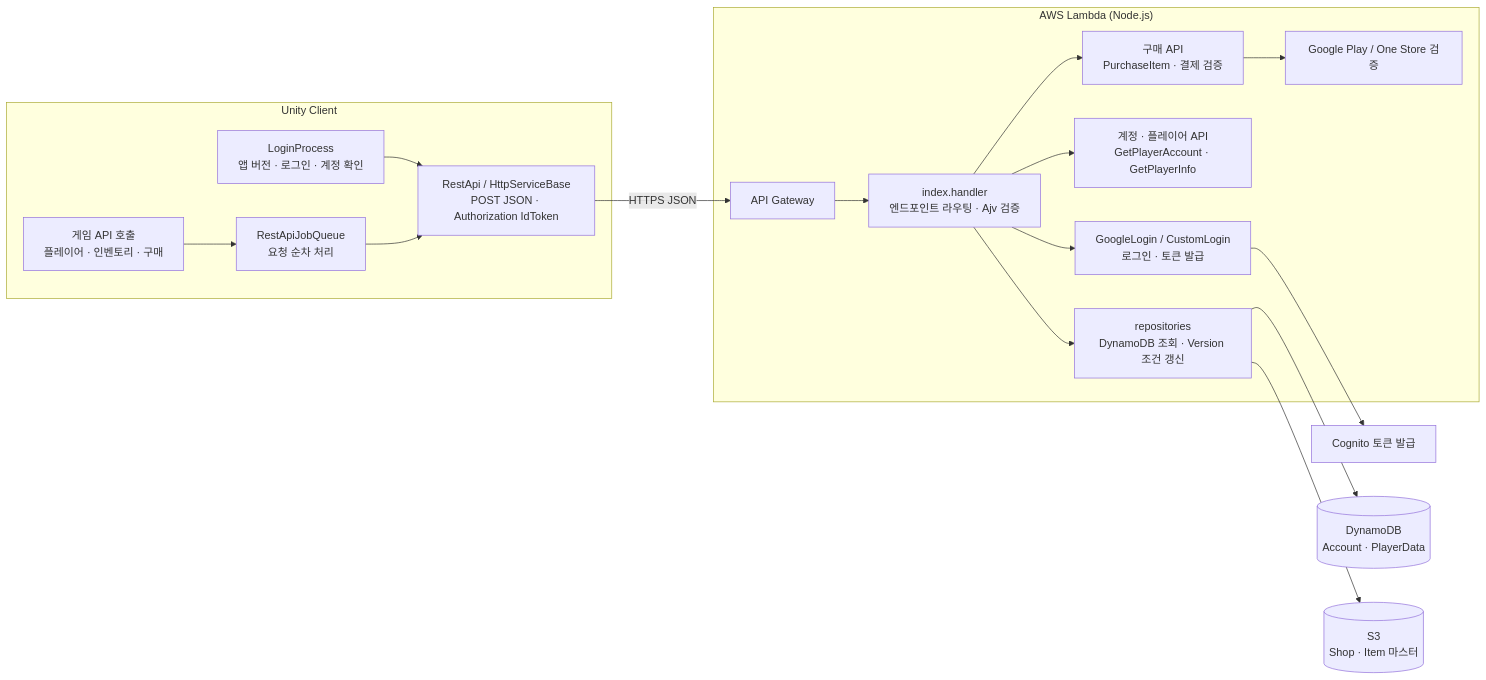
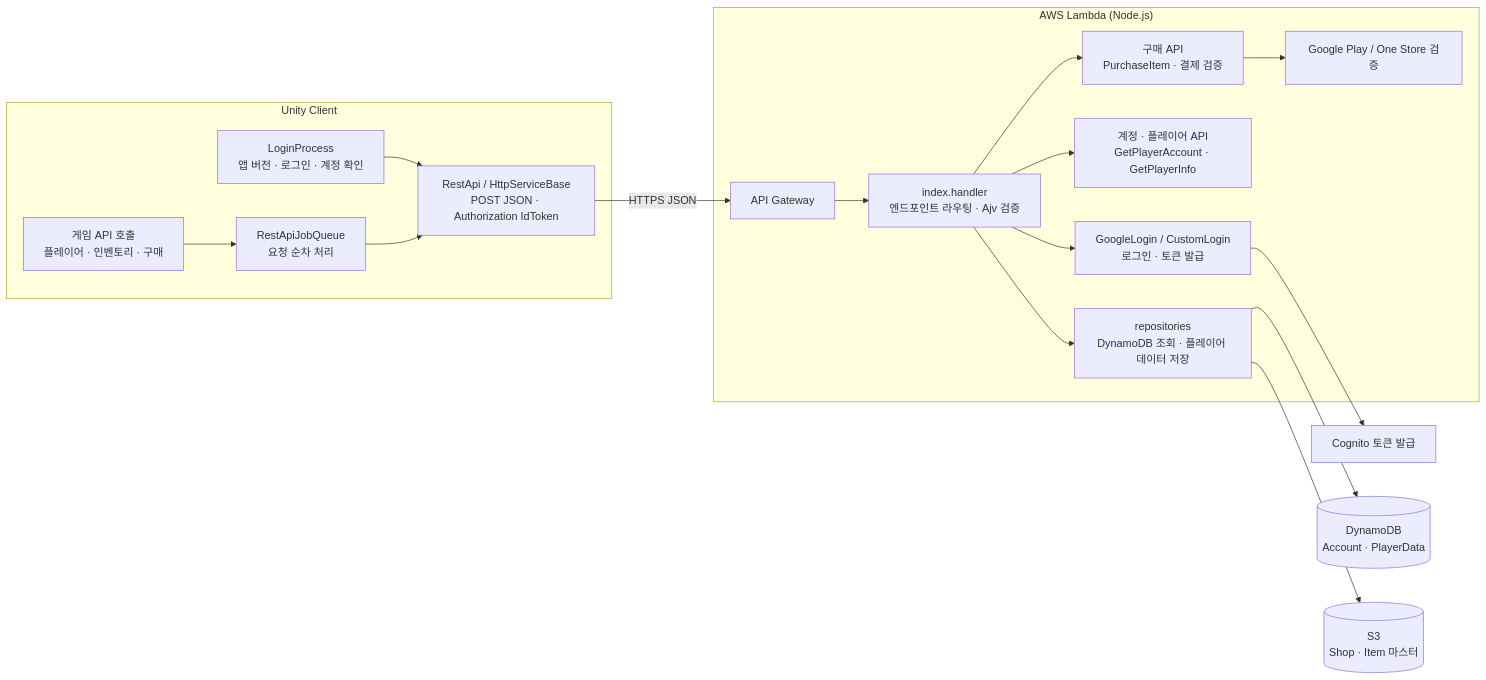
The diagram in README.md (jhp8869/unity-aws-rest-api-sample), drawn with Mermaid before and after one commit. The commit also changed other lines of this file, not shown here.

````diff
--- a/README.md
+++ b/README.md
@@ -45,24 +44,24 @@
 ```mermaid
 flowchart LR
     subgraph Unity["Unity Client"]
         Login[LoginProcess<br/>앱 버전 · 로그인 · 계정 확인]
         Login --> Rest[RestApi / HttpServiceBase<br/>POST JSON · Authorization IdToken]
         Queue[RestApiJobQueue<br/>요청 순차 처리] --> Rest
         Game[게임 API 호출<br/>플레이어 · 인벤토리 · 구매] --> Queue
     end
 
     Rest -- "HTTPS JSON" --> GW[API Gateway]
 
     subgraph AWS["AWS Lambda (Node.js)"]
         GW --> Index[index.handler<br/>엔드포인트 라우팅 · Ajv 검증]
         Index --> Auth[GoogleLogin / CustomLogin<br/>로그인 · 토큰 발급]
         Index --> Account[계정 · 플레이어 API<br/>GetPlayerAccount · GetPlayerInfo]
         Index --> Purchase[구매 API<br/>PurchaseItem · 결제 검증]
         Purchase --> Store[Google Play / One Store 검증]
-        Index --> Repo[repositories<br/>DynamoDB 조회 · Version 조건 갱신]
+        Index --> Repo[repositories<br/>DynamoDB 조회 · 플레이어 데이터 저장]
     end
 
     Auth --> Cognito[Cognito 토큰 발급]
     Repo --> DDB[(DynamoDB<br/>Account · PlayerData)]
     Repo --> S3[(S3<br/>Shop · Item 마스터)]
 ```
````
